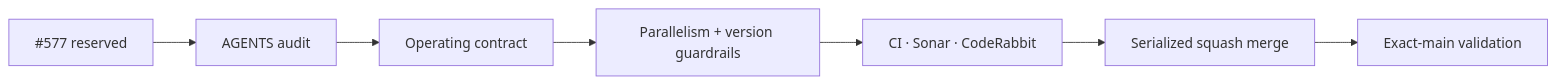
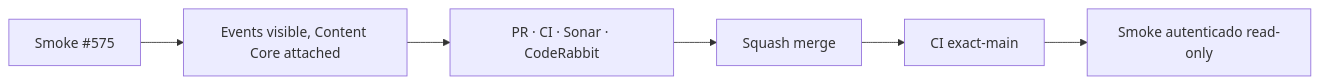
The diagram in README.md (pl0n3r/brvtal), drawn with Mermaid before and after one commit. The commit also changed other lines of this file and 1 other file, not shown here.

First line of the commit message:
test: align authenticated production smoke with canonical Events IA (#576)

````diff
--- a/README.md
+++ b/README.md
@@ -49,9 +47,8 @@
 ```mermaid
 flowchart LR
- I["#577 reserved"] --> A["AGENTS audit"]
- A --> O["Operating contract"]
- O --> P["Parallelism + version guardrails"]
- P --> G["CI · Sonar · CodeRabbit"]
- G --> M["Serialized squash merge"]
- M --> X["Exact-main validation"]
+ A["Smoke #575"] --> B["Events visible, Content Core attached"]
+ B --> C["PR · CI · Sonar · CodeRabbit"]
+ C --> D["Squash merge"]
+ D --> E["CI exact-main"]
+ E --> F["Smoke autenticado read-only"]
 ```
````
